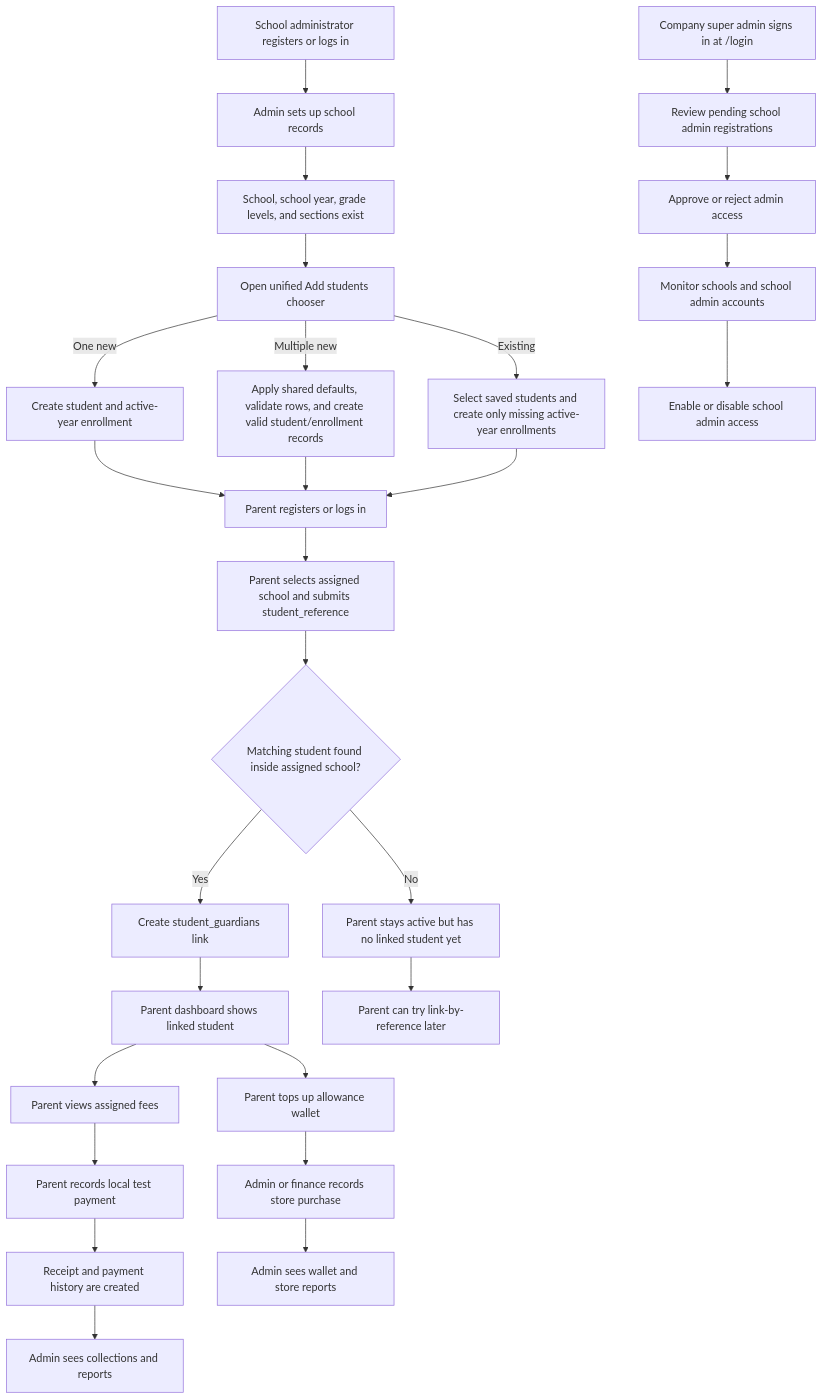
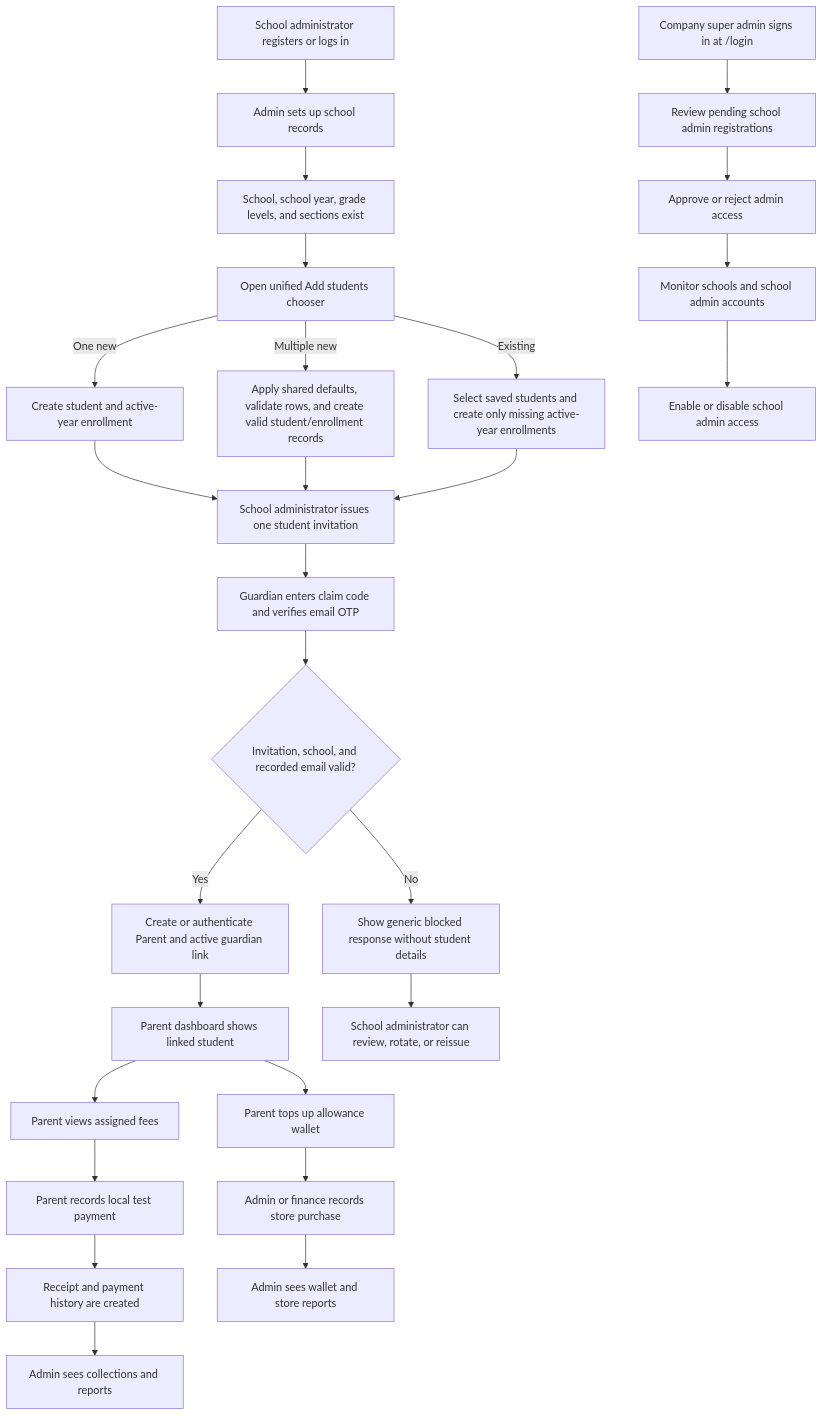
The first of 23 diagrams in docs/PROJECT_FLOWCHARTS.md (Xeyn19/xmetapay), drawn with Mermaid before and after one commit. The commit also changed other lines of this file and 40 other files, not shown here.

Commit message:
feat(parent): add invitation OTP claim flow

````diff
--- a/docs/PROJECT_FLOWCHARTS.md
+++ b/docs/PROJECT_FLOWCHARTS.md
@@ -82,32 +82,32 @@
 ```mermaid
 flowchart TD
   A["School administrator registers or logs in"] --> B["Admin sets up school records"]
   B --> C["School, school year, grade levels, and sections exist"]
   C --> D["Open unified Add students chooser"]
   D -->|One new| E["Create student and active-year enrollment"]
   D -->|Multiple new| F["Apply shared defaults, validate rows, and create valid student/enrollment records"]
   D -->|Existing| F1["Select saved students and create only missing active-year enrollments"]
   E --> G["Student gets official student_reference"]
   F --> G
   F1 --> G
 
-  G["Parent registers or logs in"] --> H["Parent selects assigned school and submits student_reference"]
-  H --> I{"Matching student found inside assigned school?"}
-  I -->|Yes| J["Create student_guardians link"]
-  I -->|No| K["Parent stays active but has no linked student yet"]
+  G["School administrator issues one student invitation"] --> H["Guardian enters claim code and verifies email OTP"]
+  H --> I{"Invitation, school, and recorded email valid?"}
+  I -->|Yes| J["Create or authenticate Parent and active guardian link"]
+  I -->|No| K["Show generic blocked response without student details"]
   J --> L["Parent dashboard shows linked student"]
-  K --> M["Parent can try link-by-reference later"]
+  K --> M["School administrator can review, rotate, or reissue"]
 
   L --> N["Parent views assigned fees"]
   N --> O["Parent records local test payment"]
   O --> P["Receipt and payment history are created"]
   L --> Q["Parent tops up allowance wallet"]
   Q --> R["Admin or finance records store purchase"]
 
   P --> S["Admin sees collections and reports"]
   R --> T["Admin sees wallet and store reports"]
   U["Company super admin signs in at /login"] --> V["Review pending school admin registrations"]
   V --> W["Approve or reject admin access"]
   W --> X["Monitor schools and school admin accounts"]
   X --> Y["Enable or disable school admin access"]
 ```
````
